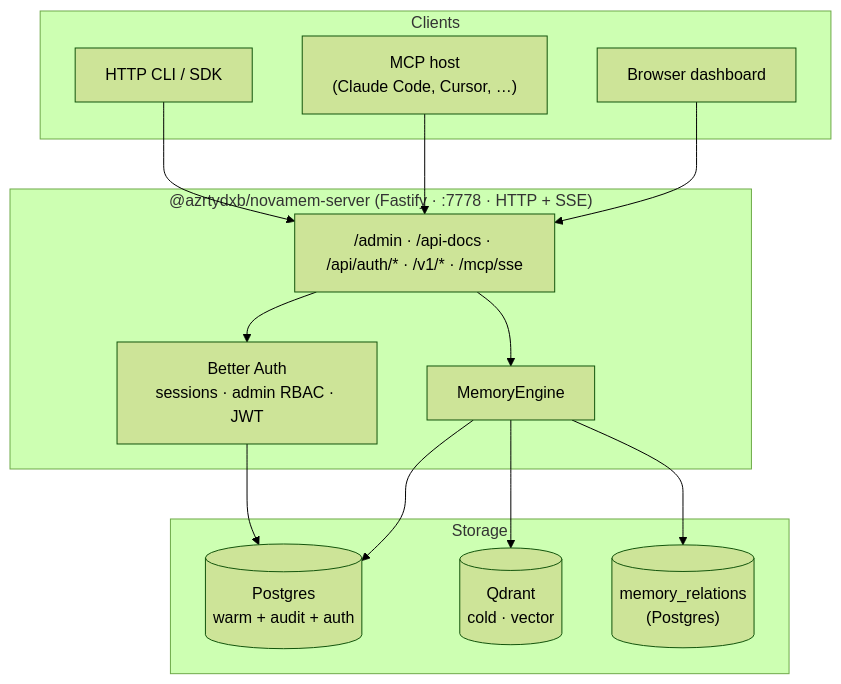
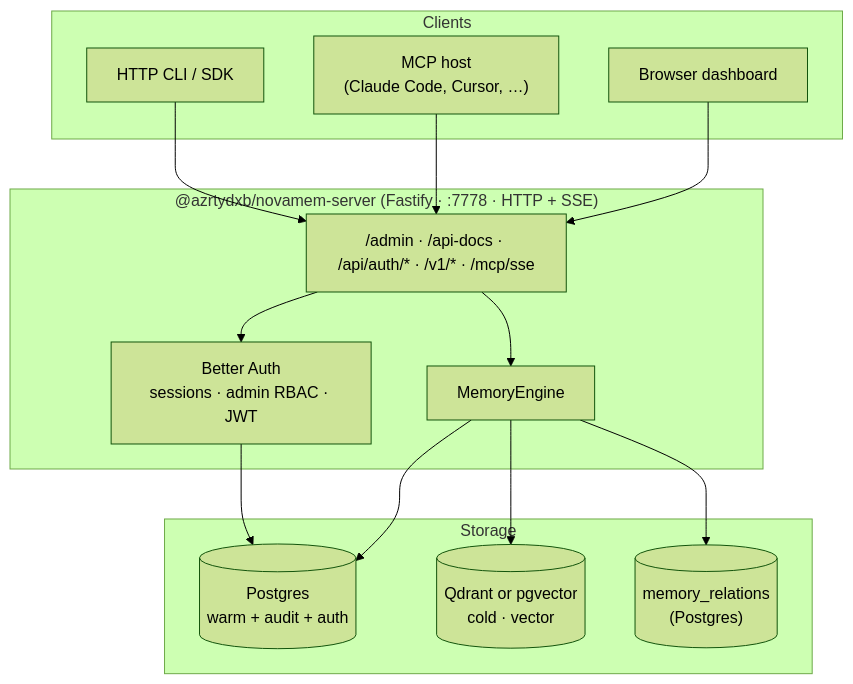
Before and after one commit to azrtydxb/novamem: the first of 4 diagrams in packages/docs-site/architecture/system.md, drawn with Mermaid (forest theme). The commit also changed other lines of this file and 20 other files, not shown here.

````diff
--- a/packages/docs-site/architecture/system.md
+++ b/packages/docs-site/architecture/system.md
@@ -7,30 +7,30 @@
 ```mermaid
 flowchart TB
     subgraph clients["Clients"]
         DASH["Browser dashboard"]
         MCP["MCP host<br/>(Claude Code, Cursor, …)"]
         CLI["HTTP CLI / SDK"]
     end
 
     subgraph server["@azrtydxb/novamem-server (Fastify · :7778 · HTTP + SSE)"]
         ROUTES["/admin · /api-docs · /api/auth/* · /v1/* · /mcp/sse"]
         ENGINE["MemoryEngine"]
         BA["Better Auth<br/>sessions · admin RBAC · JWT"]
         ROUTES --> ENGINE
         ROUTES --> BA
     end
 
     subgraph stores["Storage"]
         PG[("Postgres<br/>warm + audit + auth")]
-        QD[("Qdrant<br/>cold · vector")]
+        QD[("Qdrant or pgvector<br/>cold · vector")]
         REL[("memory_relations<br/>(Postgres)")]
     end
 
     DASH --> ROUTES
     MCP --> ROUTES
     CLI --> ROUTES
     ENGINE --> PG
     ENGINE --> QD
     ENGINE --> REL
     BA --> PG
 ```
````
